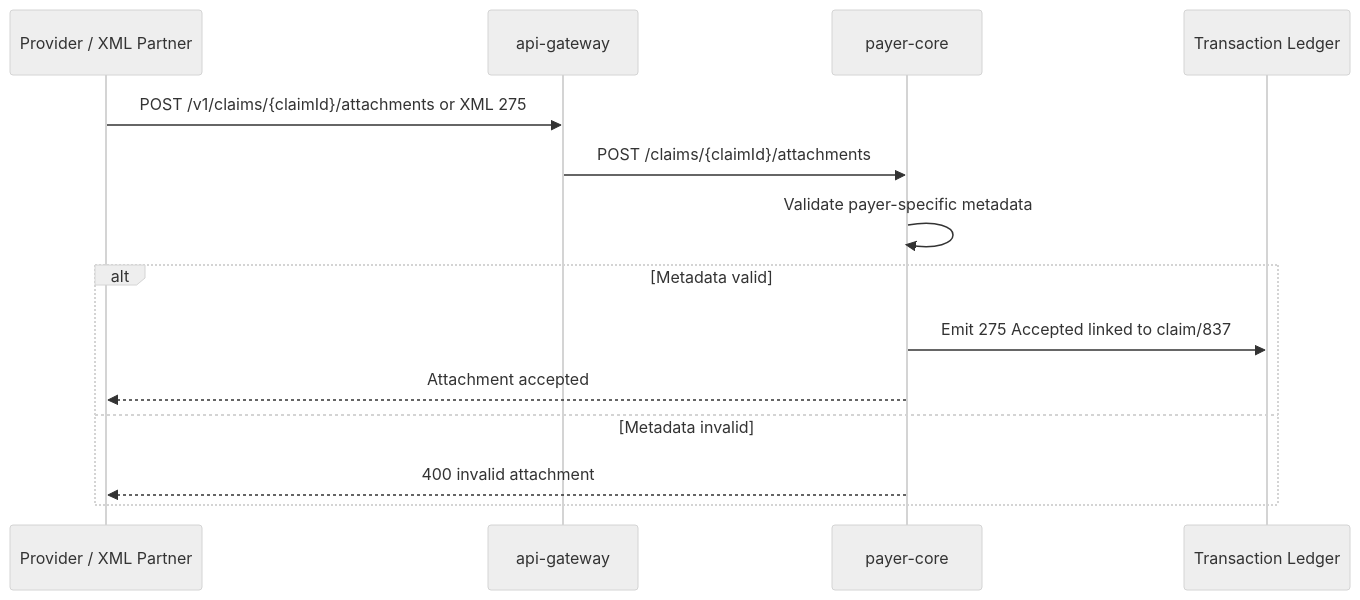
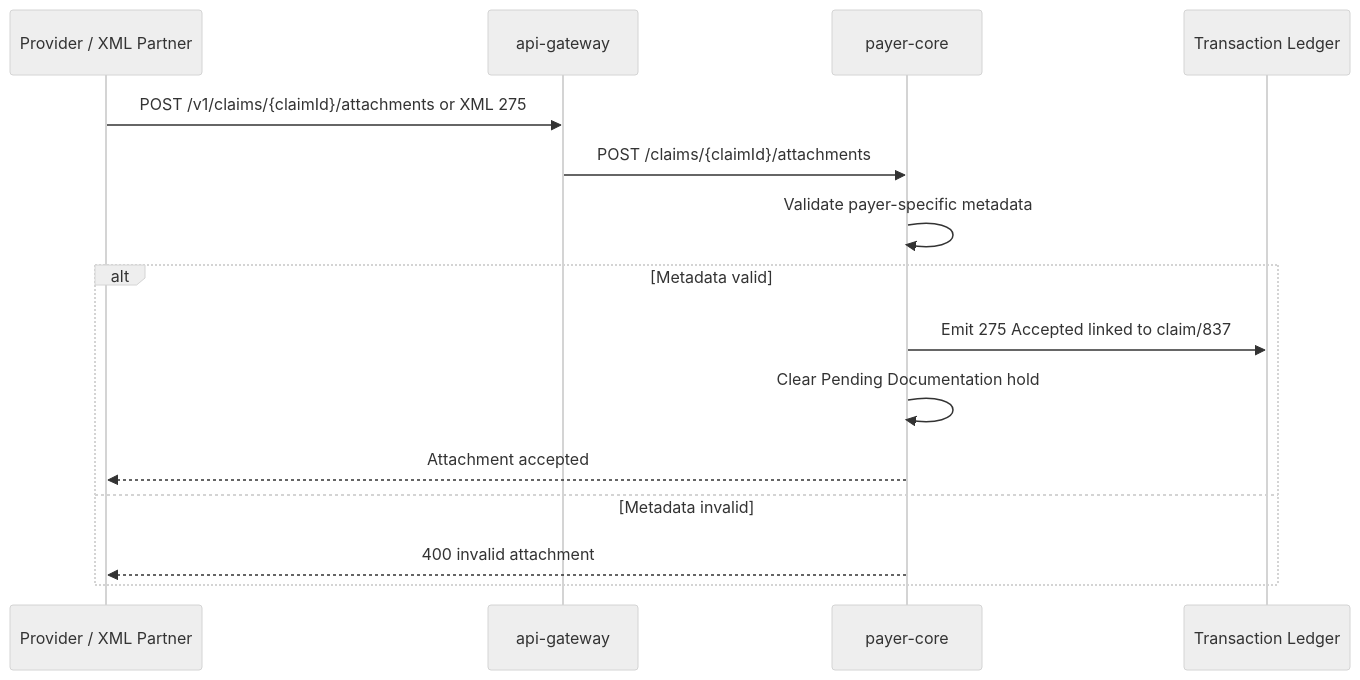
Before and after one commit to orieken/adventure-society-health-network: the seventh of 16 diagrams in docs/supported-workflows.md, drawn with Mermaid (neutral theme). The commit also changed other lines of this file and 10 other files, not shown here.

````diff
--- a/docs/supported-workflows.md
+++ b/docs/supported-workflows.md
@@ -167,17 +167,18 @@
 ```mermaid
 sequenceDiagram
     participant Provider as Provider / XML Partner
     participant Gateway as api-gateway
     participant Payer as payer-core
     participant Ledger as Transaction Ledger
 
     Provider->>Gateway: POST /v1/claims/{claimId}/attachments or XML 275
     Gateway->>Payer: POST /claims/{claimId}/attachments
     Payer->>Payer: Validate payer-specific metadata
     alt Metadata valid
         Payer->>Ledger: Emit 275 Accepted linked to claim/837
+        Payer->>Payer: Clear Pending Documentation hold
         Payer-->>Provider: Attachment accepted
     else Metadata invalid
         Payer-->>Provider: 400 invalid attachment
     end
 ```
````
